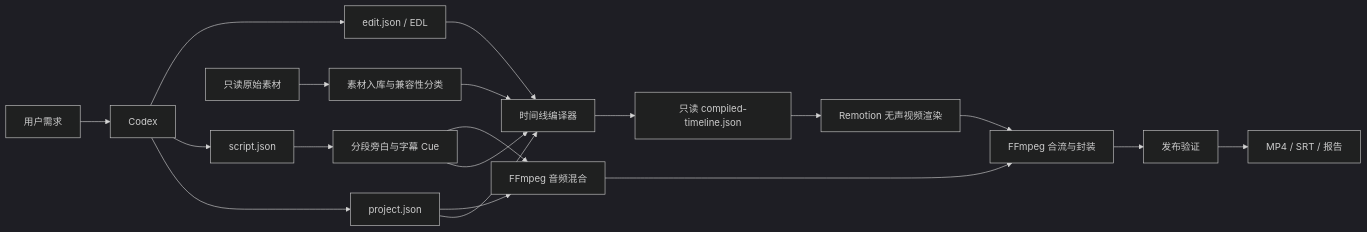
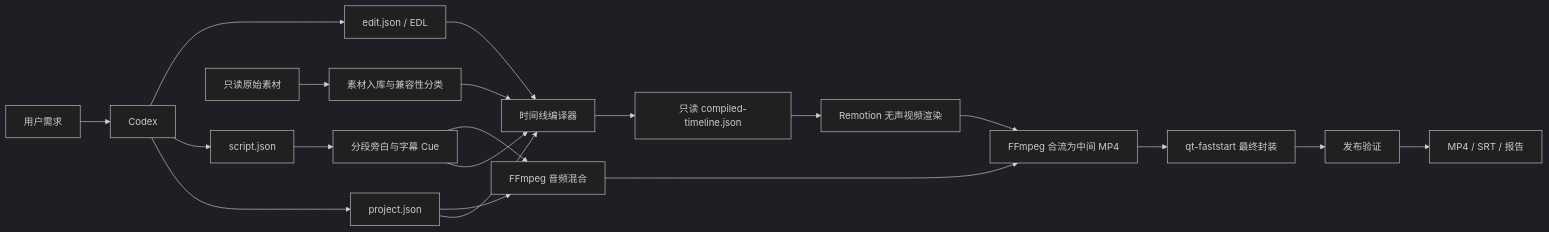
One commit to piaomiaoatian667/auto-cut-video changed the diagram in docs/superpowers/specs/2026-08-09-remotion-ffmpeg-agent-video-mvp-design.md. Above: the diagram before and after it, drawn with Mermaid (dark theme). The commit also changed other lines of this file and 5 other files, not shown here.

````diff
--- a/docs/superpowers/specs/2026-08-09-remotion-ffmpeg-agent-video-mvp-design.md
+++ b/docs/superpowers/specs/2026-08-09-remotion-ffmpeg-agent-video-mvp-design.md
@@ -115,23 +115,24 @@
 ```mermaid
 flowchart LR
     U["用户需求"] --> C["Codex"]
     C --> P["project.json"]
     C --> S["script.json"]
     C --> E["edit.json / EDL"]
 
     A["只读原始素材"] --> I["素材入库与兼容性分类"]
     S --> N["分段旁白与字幕 Cue"]
     P --> T["时间线编译器"]
     E --> T
     I --> T
     N --> T
 
     T --> J["只读 compiled-timeline.json"]
     J --> R["Remotion 无声视频渲染"]
     N --> M["FFmpeg 音频混合"]
     P --> M
-    R --> X["FFmpeg 合流与封装"]
+    R --> X["FFmpeg 合流为中间 MP4"]
     M --> X
-    X --> V["发布验证"]
+    X --> Q["qt-faststart 最终封装"]
+    Q --> V["发布验证"]
     V --> O["MP4 / SRT / 报告"]
 ```
````
